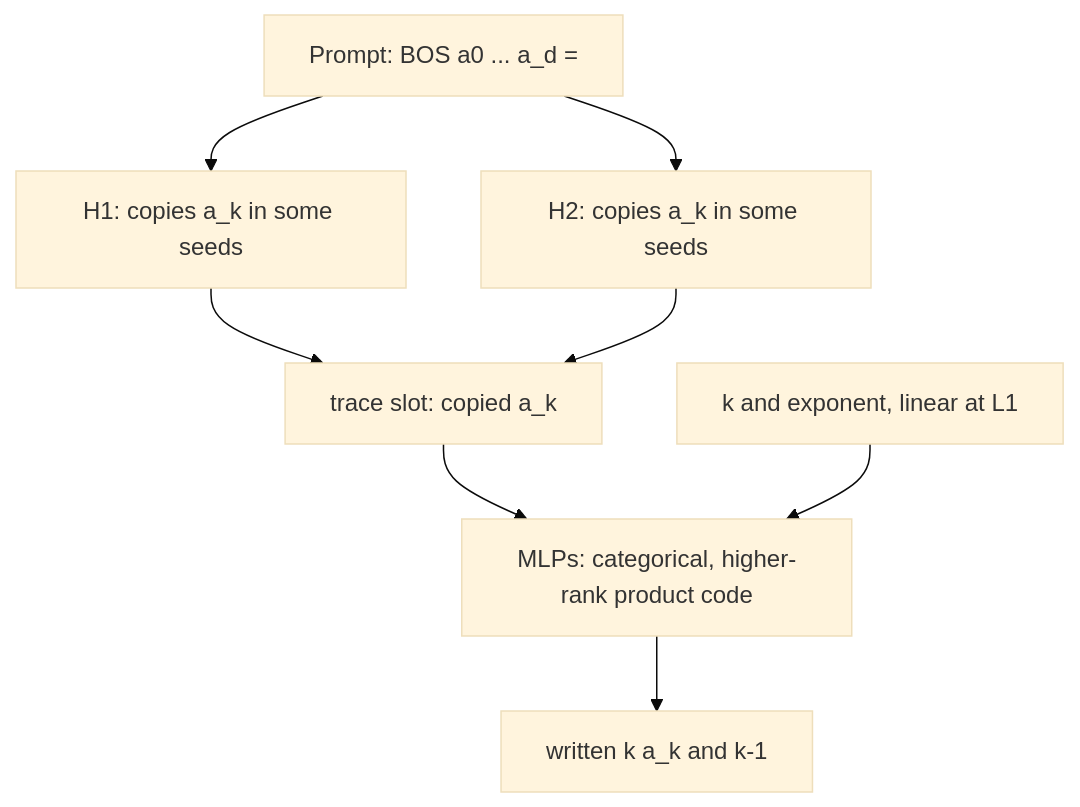
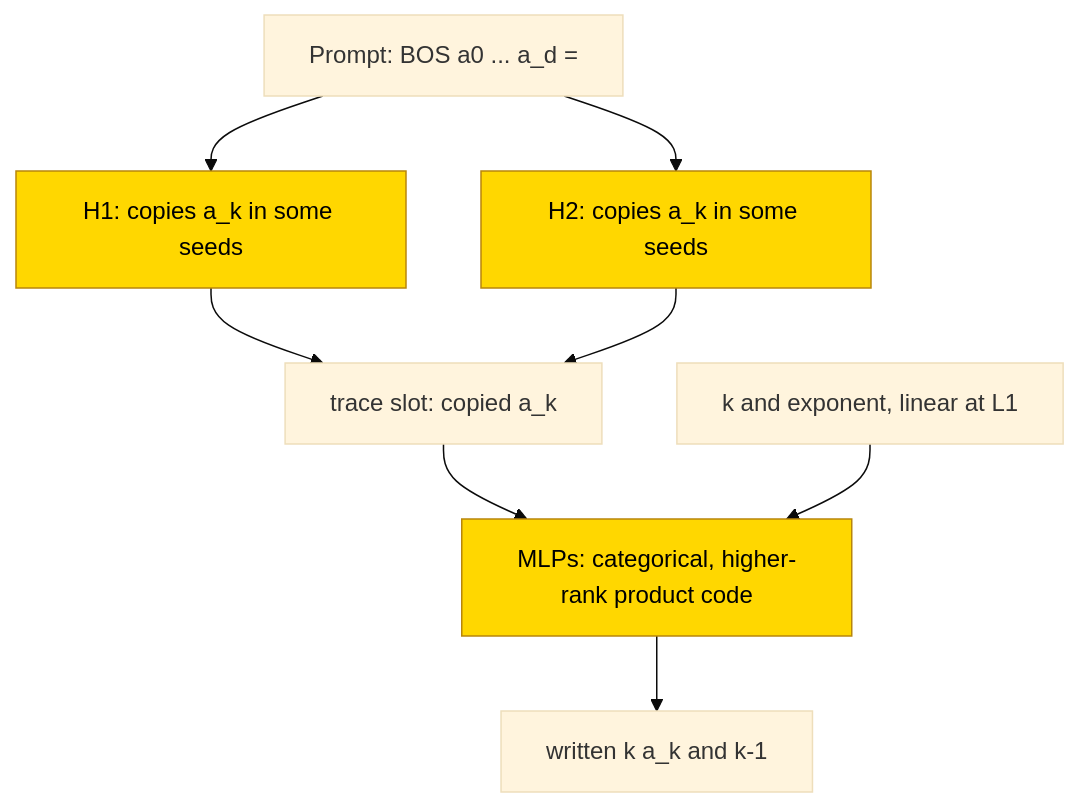
Before and after one commit to jc1122/mechanistic-interpretability-circuit-atlas: the second of 2 diagrams in entries/polynomial-differentiation.md, drawn with Mermaid (base theme). The commit also changed other lines of this file and 54 other files, not shown here.

````diff
--- a/entries/polynomial-differentiation.md
+++ b/entries/polynomial-differentiation.md
@@ -174,10 +183,12 @@
 ```mermaid
 flowchart TD
     P["Prompt: BOS a0 ... a_d ="] --> H1["H1: copies a_k in some seeds"]
     P --> H2["H2: copies a_k in some seeds"]
     H1 --> C["trace slot: copied a_k"]
     H2 --> C
     C --> M["MLPs: categorical, higher-rank product code"]
     K["k and exponent, linear at L1"] --> M
     M --> Y["written k a_k and k-1"]
+    classDef trained fill:gold,stroke:darkgoldenrod,color:black
+    class H1,H2,M trained
 ```
````
